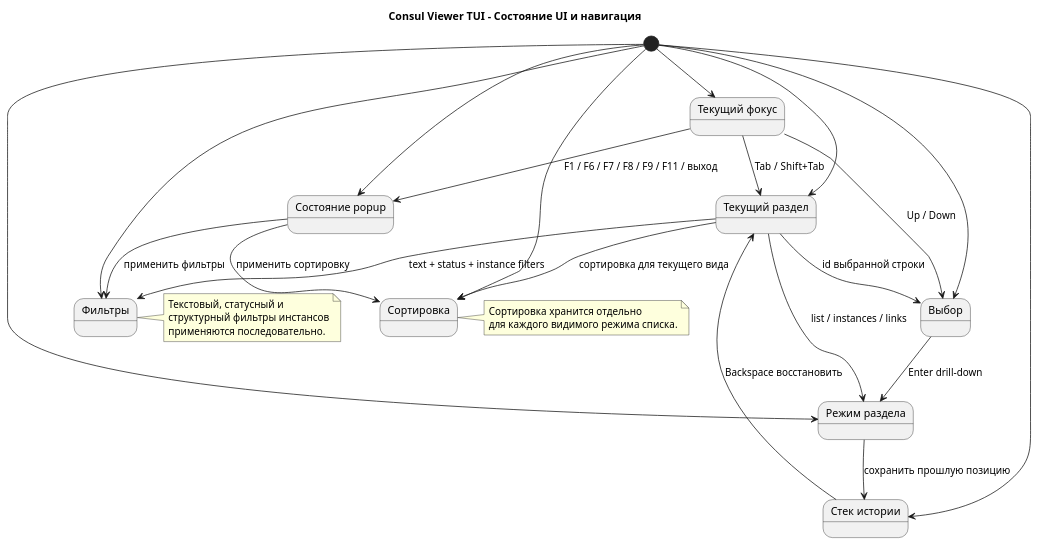
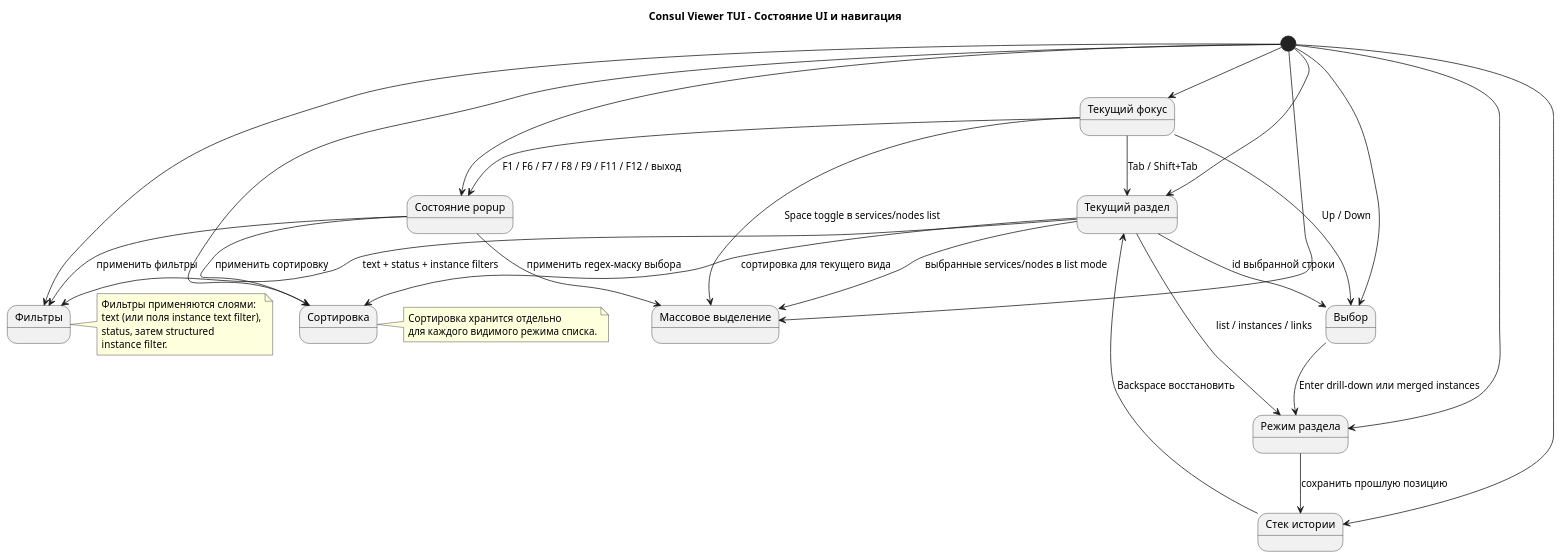
One commit to dtarasov7/consul-viewer changed the diagram in diagramms/03-ui-state-and-navigation-ru.puml. Above: the diagram before and after it, drawn with PlantUML. The commit also changed 15 other files, not shown here.

```diff
--- a/diagramms/03-ui-state-and-navigation-ru.puml
+++ b/diagramms/03-ui-state-and-navigation-ru.puml
@@ -1,50 +1,56 @@
 @startuml
 title Consul Viewer TUI - Состояние UI и навигация
 
 skinparam shadowing false
 
 state "Текущий раздел" as Section
 state "Текущий фокус" as Focus
 state "Режим раздела" as Mode
 state "Выбор" as Selection
 state "Стек истории" as History
 state "Фильтры" as Filters
+state "Массовое выделение" as Bulk
 state "Сортировка" as Sort
 state "Состояние popup" as Popup
 
 [*] --> Section
 [*] --> Focus
 [*] --> Mode
 [*] --> Selection
 [*] --> History
 [*] --> Filters
+[*] --> Bulk
 [*] --> Sort
 [*] --> Popup
 
 Section --> Mode : list / instances / links
 Section --> Selection : id выбранной строки
 Section --> Filters : text + status + instance filters
+Section --> Bulk : выбранные services/nodes в list mode
 Section --> Sort : сортировка для текущего вида
 
 Focus --> Section : Tab / Shift+Tab
 Focus --> Selection : Up / Down
-Focus --> Popup : F1 / F6 / F7 / F8 / F9 / F11 / выход
+Focus --> Popup : F1 / F6 / F7 / F8 / F9 / F11 / F12 / выход
+Focus --> Bulk : Space toggle в services/nodes list
 
-Selection --> Mode : Enter drill-down
+Selection --> Mode : Enter drill-down или merged instances
 Mode --> History : сохранить прошлую позицию
 History --> Section : Backspace восстановить
 Popup --> Filters : применить фильтры
+Popup --> Bulk : применить regex-маску выбора
 Popup --> Sort : применить сортировку
 
 note right of Filters
-Текстовый, статусный и
-структурный фильтры инстансов
-применяются последовательно.
+Фильтры применяются слоями:
+text (или поля instance text filter),
+status, затем structured
+instance filter.
 end note
 
 note right of Sort
 Сортировка хранится отдельно
 для каждого видимого режима списка.
 end note
 
 @enduml
```
